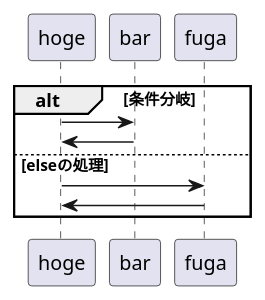
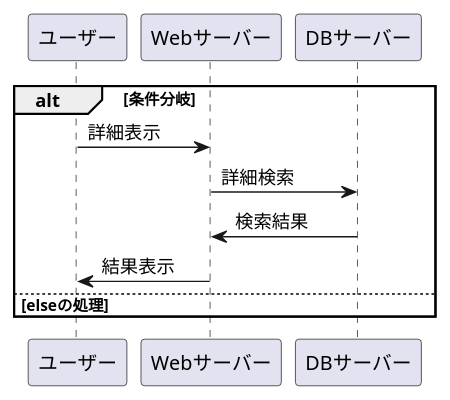
The diagram in sample2.md (Aso2001409/2021sys-design), drawn with PlantUML before and after one commit.

````diff
--- a/sample2.md
+++ b/sample2.md
@@ -2,13 +2,14 @@
 ```uml
 @startuml
 
 
 alt 条件分岐
-  hoge -> bar
-  bar -> hoge
+ユーザー -> Webサーバー :詳細表示
+Webサーバー -> DBサーバー :詳細検索
+DBサーバー -> Webサーバー :検索結果
+Webサーバー -> ユーザー :結果表示
 else elseの処理
-  hoge -> fuga
-  fuga -> hoge
+
 end
 @enduml
 ```
````
